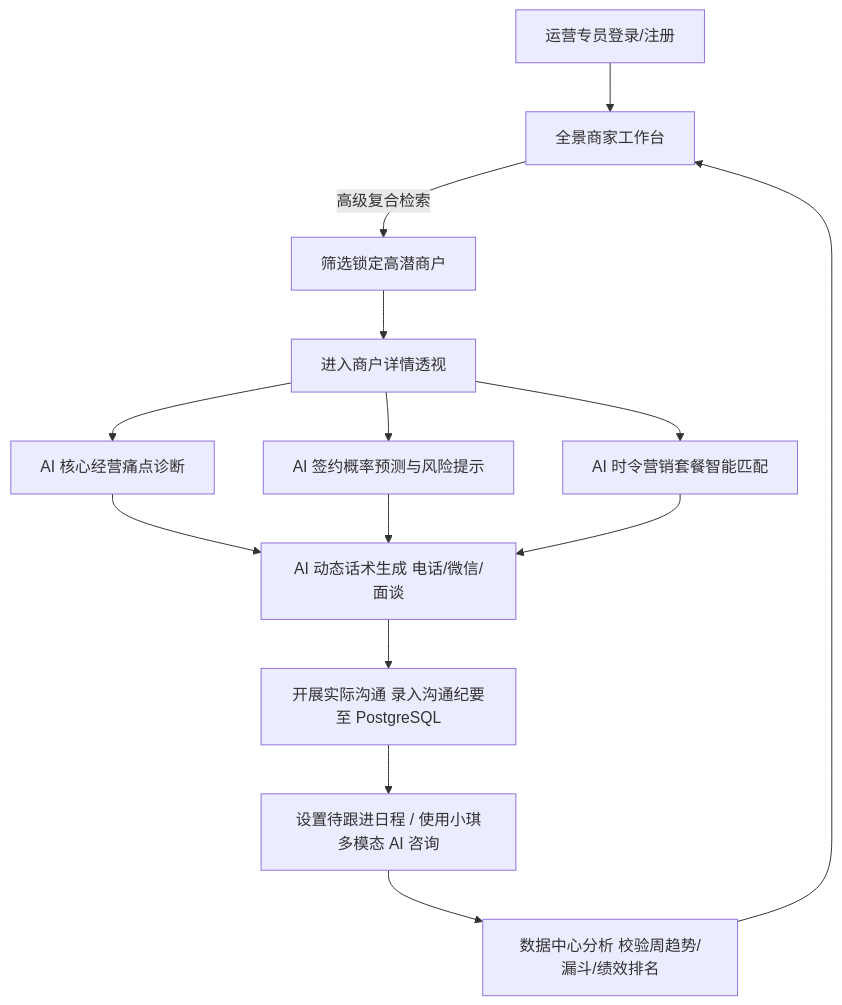
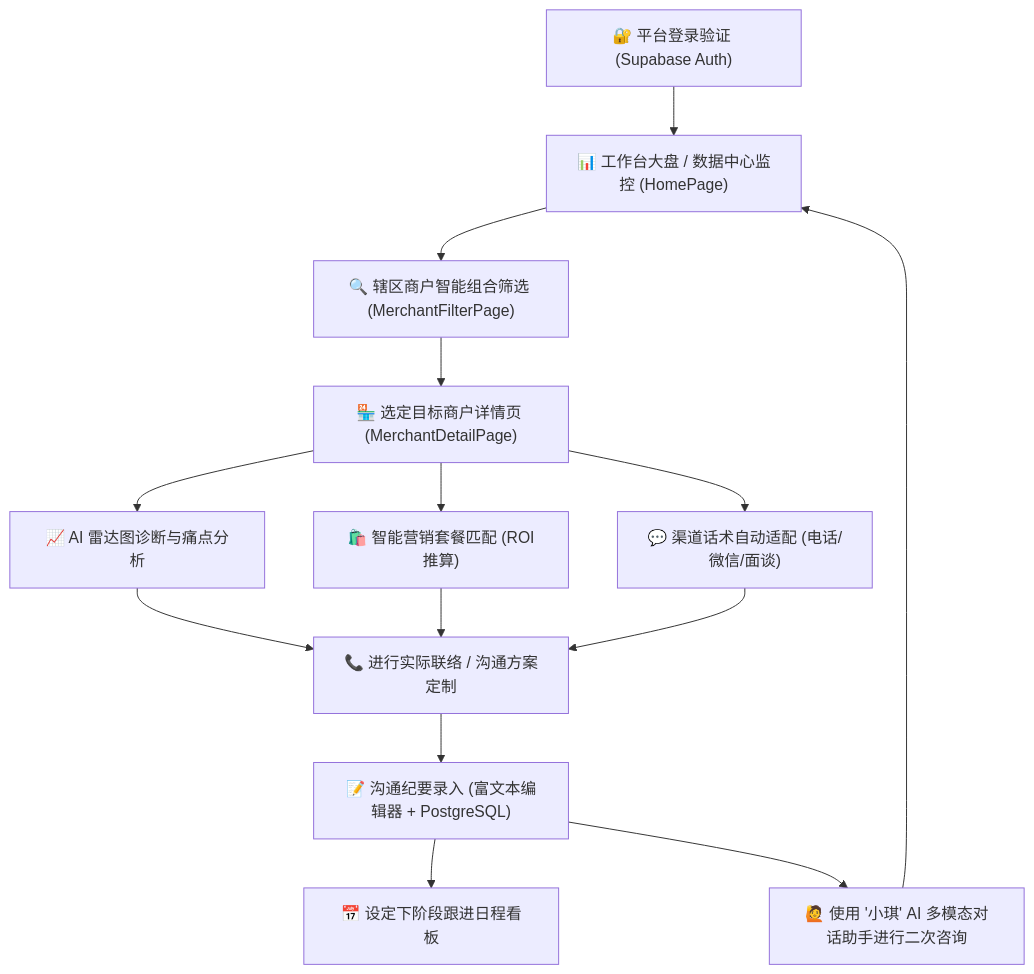
Before and after one commit to wyxpro/Meitx: the diagram in README.md, drawn with Mermaid. The commit also changed other lines of this file, not shown here.

````diff
--- a/README.md
+++ b/README.md
@@ -100,14 +106,14 @@
 ```mermaid
 graph TD
-    A[运营专员登录/注册] --> B[全景商家工作台]
-    B -->|高级复合检索| C[筛选锁定高潜商户]
-    C --> D[进入商户详情透视]
-    D --> E1[AI 核心经营痛点诊断]
-    D --> E2[AI 签约概率预测与风险提示]
-    D --> E3[AI 时令营销套餐智能匹配]
-    E1 & E2 & E3 --> F[AI 动态话术生成 电话/微信/面谈]
-    F --> G[开展实际沟通 录入沟通纪要至 PostgreSQL]
-    G --> H[设置待跟进日程 / 使用小琪多模态 AI 咨询]
-    H --> I[数据中心分析 校验周趋势/漏斗/绩效排名]
+    A["🔐 平台登录验证 (Supabase Auth)"] --> B["📊 工作台大盘 / 数据中心监控 (HomePage)"]
+    B --> C["🔍 辖区商户智能组合筛选 (MerchantFilterPage)"]
+    C --> D["🏪 选定目标商户详情页 (MerchantDetailPage)"]
+    D --> E1["📈 AI 雷达图诊断与痛点分析"]
+    D --> E2["🛍️ 智能营销套餐匹配 (ROI推算)"]
+    D --> E3["💬 渠道话术自动适配 (电话/微信/面谈)"]
+    E1 & E2 & E3 --> F["📞 进行实际联络 / 沟通方案定制"]
+    F --> G["📝 沟通纪要录入 (富文本编辑器 + PostgreSQL)"]
+    G --> H["📅 设定下阶段跟进日程看板"]
+    G --> I["🙋 使用 '小琪' AI 多模态对话助手进行二次咨询"]
     I --> B
 ```
````
